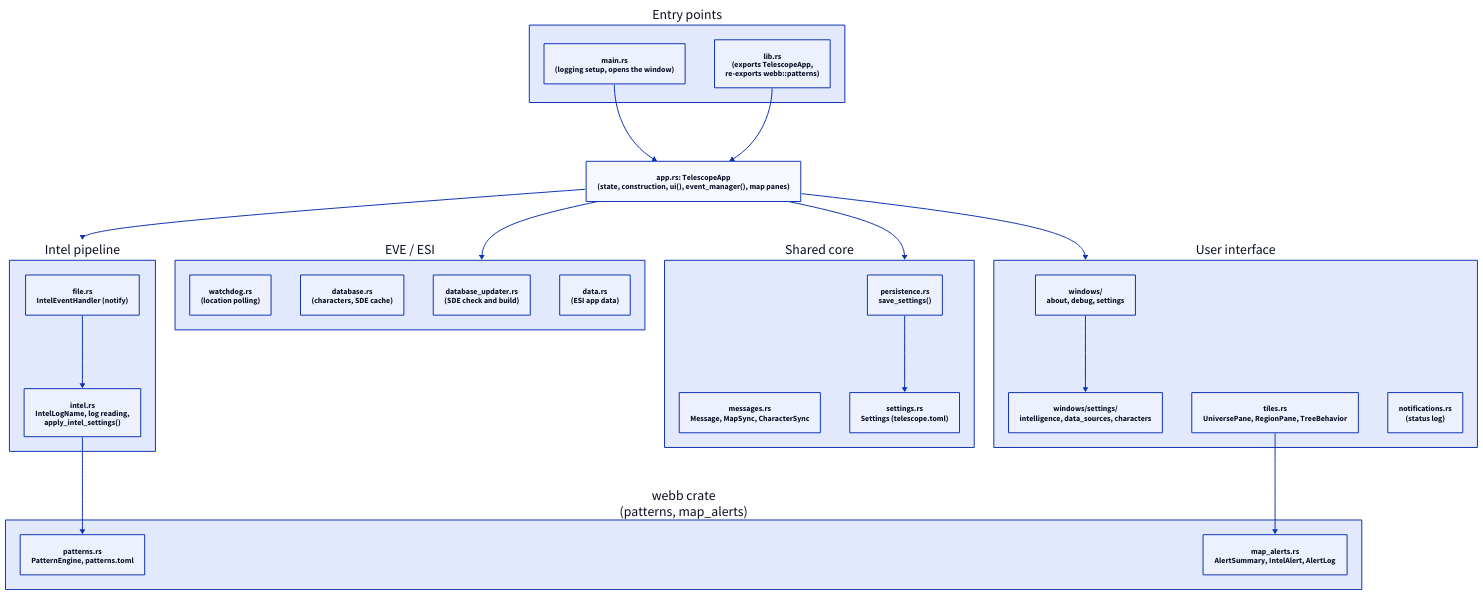
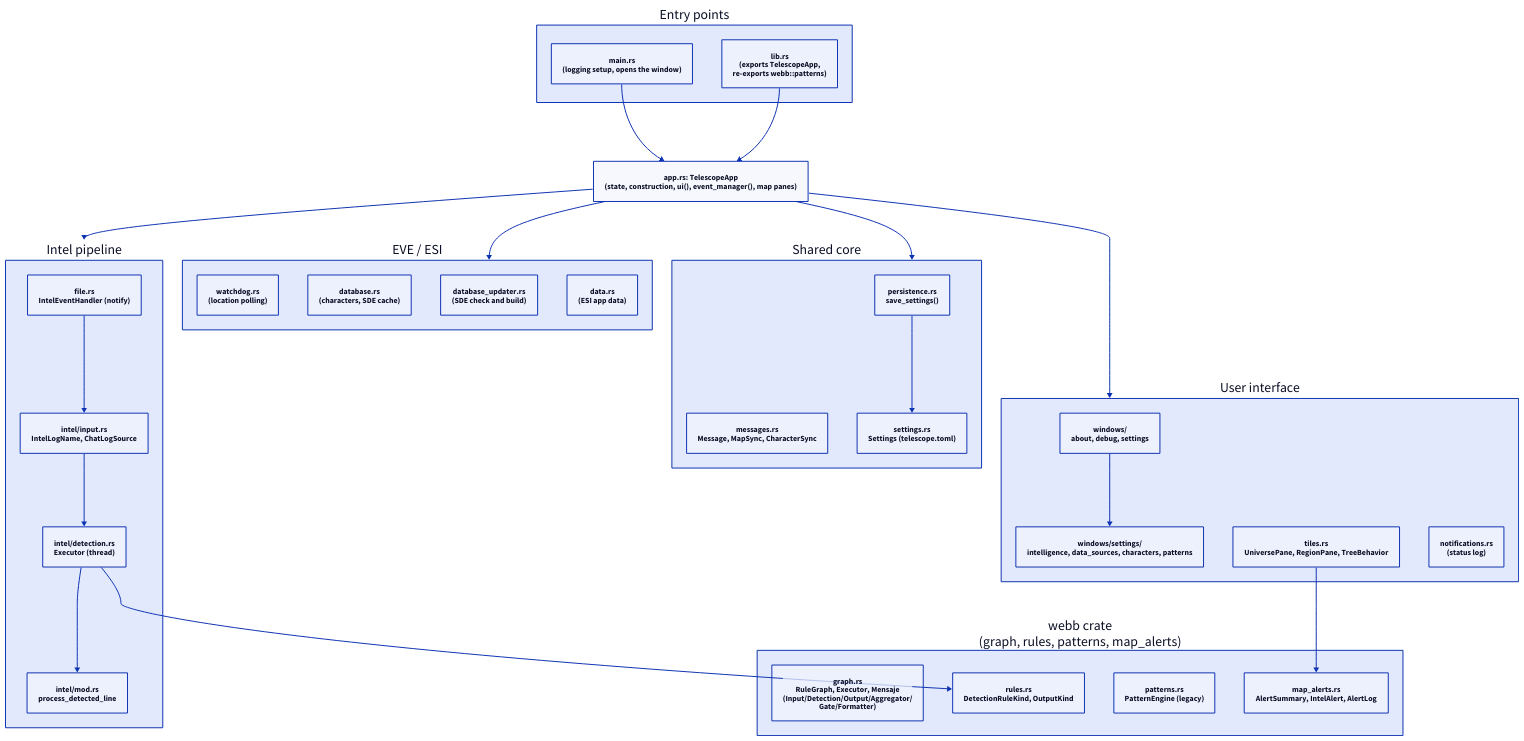
Before and after one commit to rafaga/telescope: the diagram in docs/architecture/modules.d2, drawn with D2. The commit also changed 27 other files, not shown here.

Commit message:
complete redesign of intel rules GUI

```diff
--- a/docs/architecture/modules.d2
+++ b/docs/architecture/modules.d2
@@ -1,50 +1,56 @@
 direction: down
 
 entry: "Entry points" {
   main: "main.rs\n(logging setup, opens the window)"
   lib: "lib.rs\n(exports TelescopeApp,\nre-exports webb::patterns)"
 }
 
 app: "app.rs: TelescopeApp\n(state, construction, ui(), event_manager(), map panes)"
 
 ui: "User interface" {
   windows: "windows/\nabout, debug, settings"
-  pages: "windows/settings/\nintelligence, data_sources, characters"
+  pages: "windows/settings/\nintelligence, data_sources, characters, patterns"
   tiles: "tiles.rs\nUniversePane, RegionPane, TreeBehavior"
   notifications: "notifications.rs\n(status log)"
   windows -> pages
 }
 
 intel: "Intel pipeline" {
   file: "file.rs\nIntelEventHandler (notify)"
-  reader: "intel.rs\nIntelLogName, log reading,\napply_intel_settings()"
-  file -> reader
+  input: "intel/input.rs\nIntelLogName, ChatLogSource"
+  detection: "intel/detection.rs\nExecutor (thread)"
+  process: "intel/mod.rs\nprocess_detected_line"
+  file -> input
+  input -> detection
+  detection -> process
 }
 
-webb: "webb crate\n(patterns, map_alerts)" {
-  patterns: "patterns.rs\nPatternEngine, patterns.toml"
+webb: "webb crate\n(graph, rules, patterns, map_alerts)" {
+  graph: "graph.rs\nRuleGraph, Executor, Mensaje\n(Input/Detection/Output/Aggregator/\nGate/Formatter)"
+  rules: "rules.rs\nDetectionRuleKind, OutputKind"
+  patterns: "patterns.rs\nPatternEngine (legacy)"
   map_alerts: "map_alerts.rs\nAlertSummary, IntelAlert, AlertLog"
 }
 
 eve: "EVE / ESI" {
   watchdog: "watchdog.rs\n(location polling)"
   database: "database.rs\n(characters, SDE cache)"
   updater: "database_updater.rs\n(SDE check and build)"
   data: "data.rs\n(ESI app data)"
 }
 
 core: "Shared core" {
   messages: "messages.rs\nMessage, MapSync, CharacterSync"
   settings: "settings.rs\nSettings (telescope.toml)"
   persistence: "persistence.rs\nsave_settings()"
   persistence -> settings
 }
 
 entry.main -> app
 entry.lib -> app
 app -> ui
 app -> intel
 app -> eve
 app -> core
-intel.reader -> webb.patterns
+intel.detection -> webb.rules
 ui.tiles -> webb.map_alerts
```
